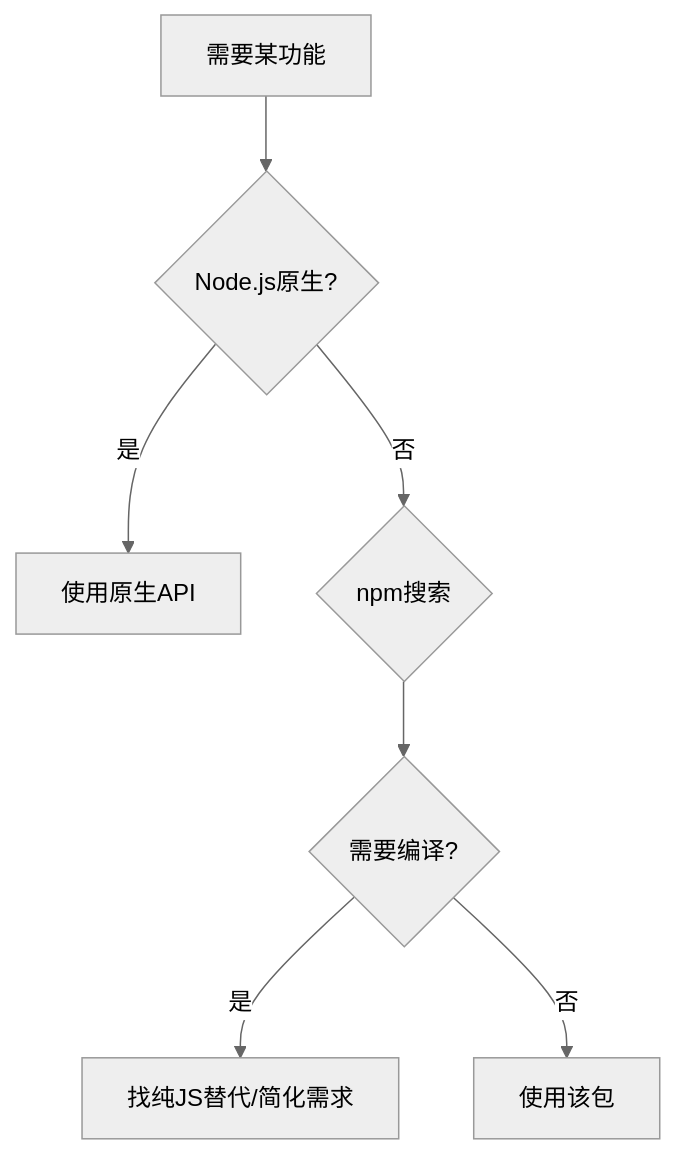
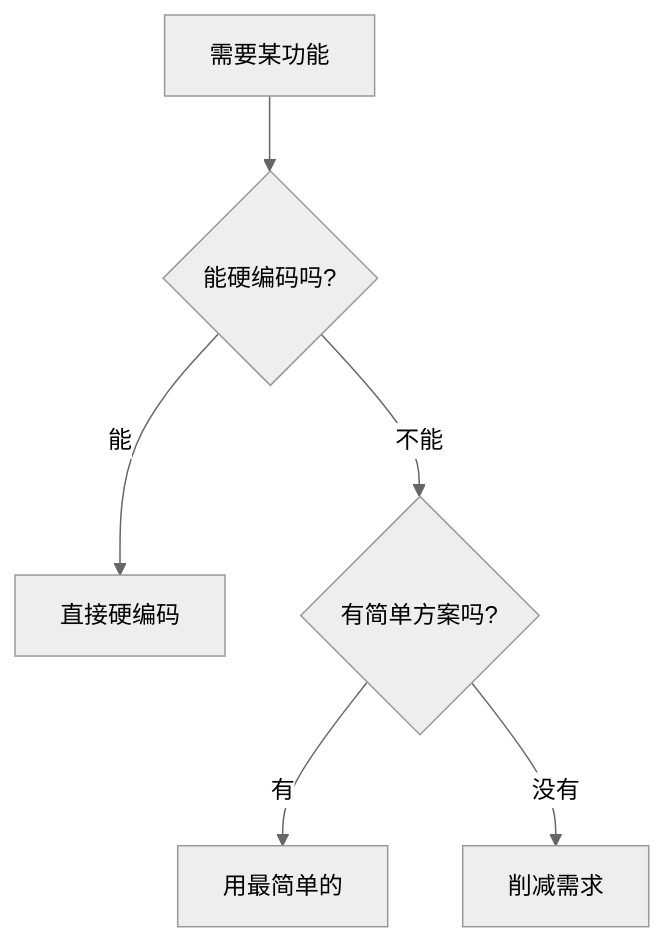
One commit to Deepractice/PromptX changed the second of 7 diagrams in packages/resource/resources/role/luban/execution/tool-development-workflow.execution.md. Above: the diagram before and after it, drawn with Mermaid (neutral theme). The commit also changed other lines of this file and 2 other files, not shown here.

````diff
--- a/packages/resource/resources/role/luban/execution/tool-development-workflow.execution.md
+++ b/packages/resource/resources/role/luban/execution/tool-development-workflow.execution.md
@@ -60,9 +74,8 @@
 ```mermaid
 flowchart TD
-    A[需要某功能] --> B{Node.js原生?}
-    B -->|是| C[使用原生API]
-    B -->|否| D{npm搜索}
-    D --> E{需要编译?}
-    E -->|是| F[找纯JS替代/简化需求]
-    E -->|否| G[使用该包]
+    A[需要某功能] --> B{能硬编码吗?}
+    B -->|能| C[直接硬编码]
+    B -->|不能| D{有简单方案吗?}
+    D -->|有| E[用最简单的]
+    D -->|没有| F[削减需求]
 ```
````
